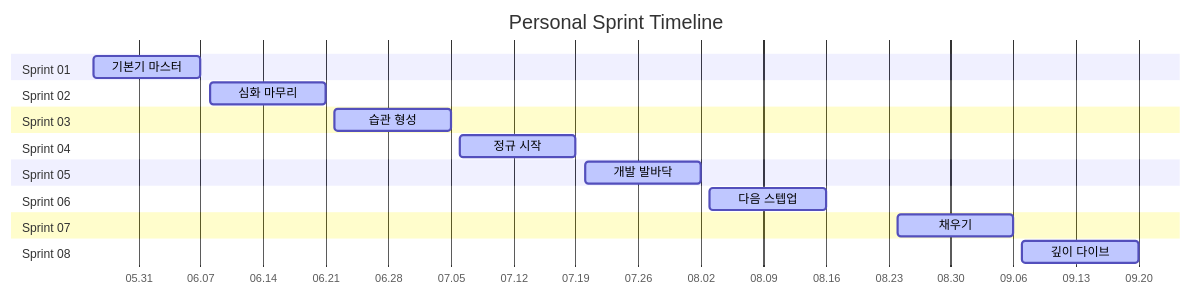
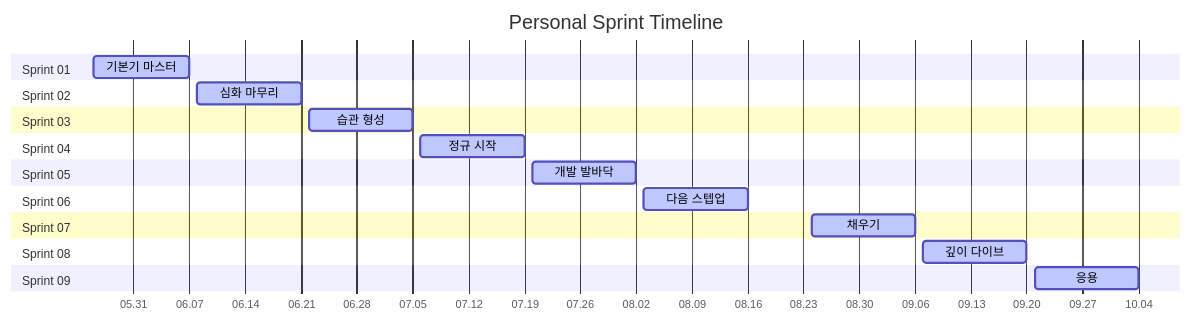
One commit to Vryez11/personal-sprint changed the diagram in README.md. Above: the diagram before and after it, drawn with Mermaid. The commit also changed other lines of this file and 2 other files, not shown here.

Commit message:
sprint09: 구조 생성

````diff
--- a/README.md
+++ b/README.md
@@ -12,22 +12,24 @@
 ```mermaid
 gantt
     title Personal Sprint Timeline
     dateFormat YYYY-MM-DD
     axisFormat %m.%d
     section Sprint 01
     기본기 마스터 :active, s1, 2026-05-26, 2026-06-07
     section Sprint 02
     심화 마무리 :active, s2, 2026-06-08, 2026-06-21
     section Sprint 03
     습관 형성 :active, s3, 2026-06-22, 2026-07-05
     section Sprint 04
     정규 시작 :active, s4, 2026-07-06, 2026-07-19
     section Sprint 05
     개발 발바닥 :active, s5, 2026-07-20, 2026-08-02
     section Sprint 06
     다음 스텝업 :active, s6, 2026-08-03, 2026-08-16
     section Sprint 07
     채우기 :active, s7, 2026-08-24, 2026-09-06
     section Sprint 08
     깊이 다이브 :active, s8, 2026-09-07, 2026-09-20
+    section Sprint 09
+    응용 :active, s9, 2026-09-21, 2026-10-04
 ```
````
